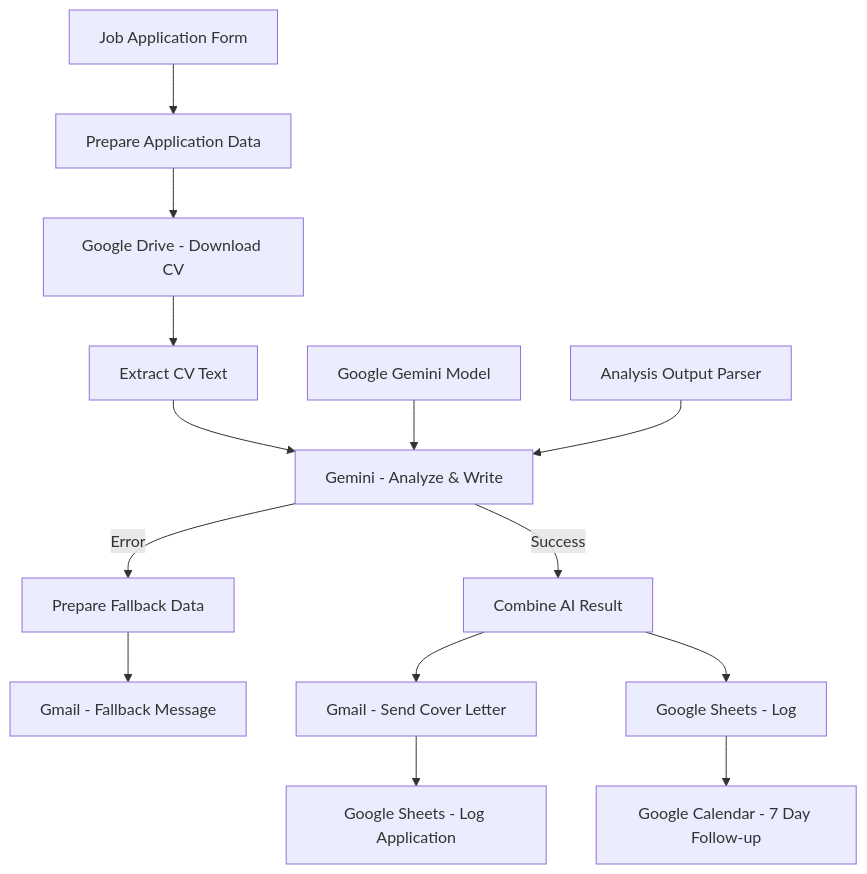
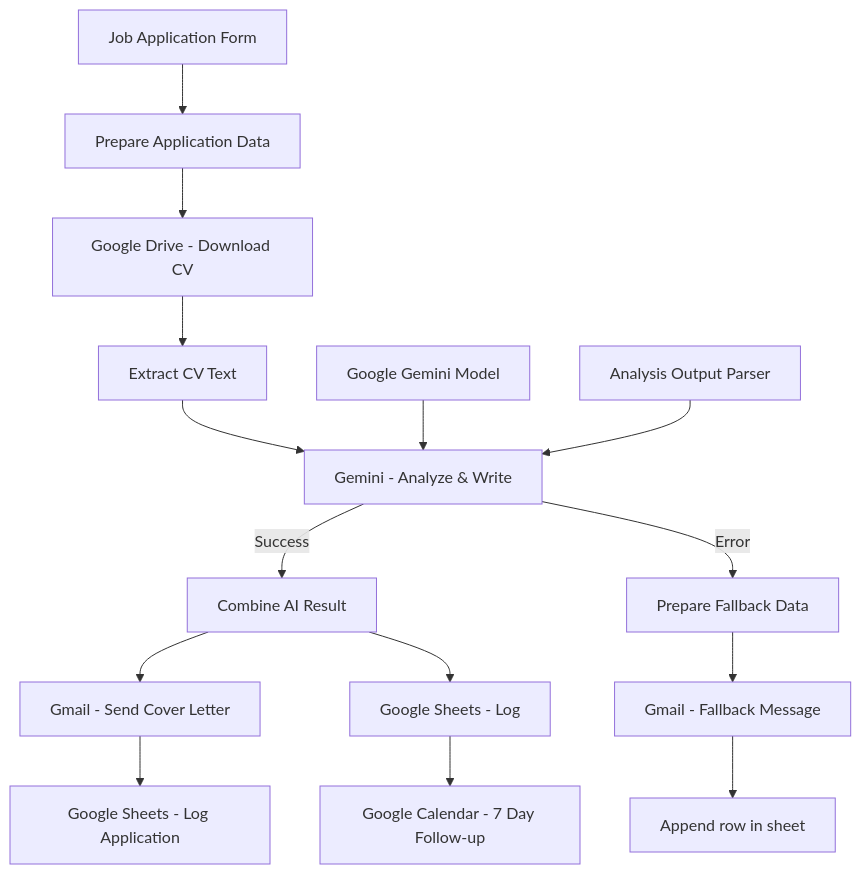
One commit to Suriya-Prakashar/Job-Application-Autopilot changed the diagram in README.md. Above: the diagram before and after it, drawn with Mermaid. The commit also changed other lines of this file and 2 other files, not shown here.

````diff
--- a/README.md
+++ b/README.md
@@ -183,21 +183,22 @@
 ```mermaid
 flowchart TD
     A["Job Application Form"] --> B["Prepare Application Data"]
     B --> C["Google Drive - Download CV"]
     C --> D["Extract CV Text"]
     D --> E["Gemini - Analyze & Write"]
 
     G["Google Gemini Model"] --> E
     H["Analysis Output Parser"] --> E
 
     E -->|Success| I["Combine AI Result"]
     E -->|Error| J["Prepare Fallback Data"]
 
     J --> K["Gmail - Fallback Message"]
+    K --> P["Append row in sheet"]
 
     I --> L["Gmail - Send Cover Letter"]
     I --> M["Google Sheets - Log"]
 
     L --> N["Google Sheets - Log Application"]
     M --> O["Google Calendar - 7 Day Follow-up"]
 ```
````
